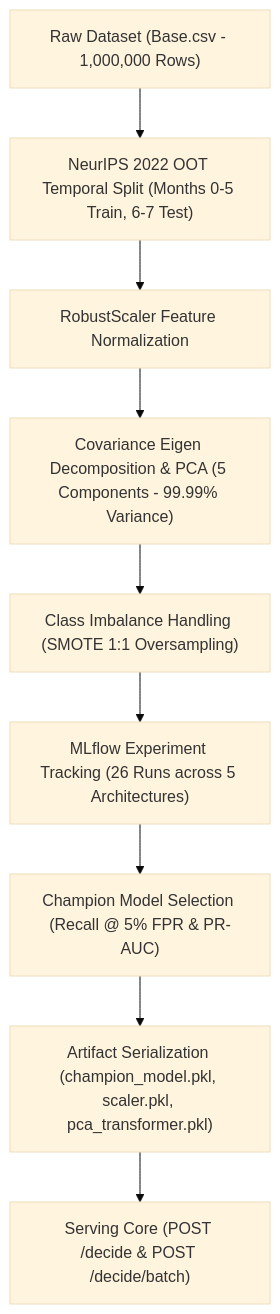
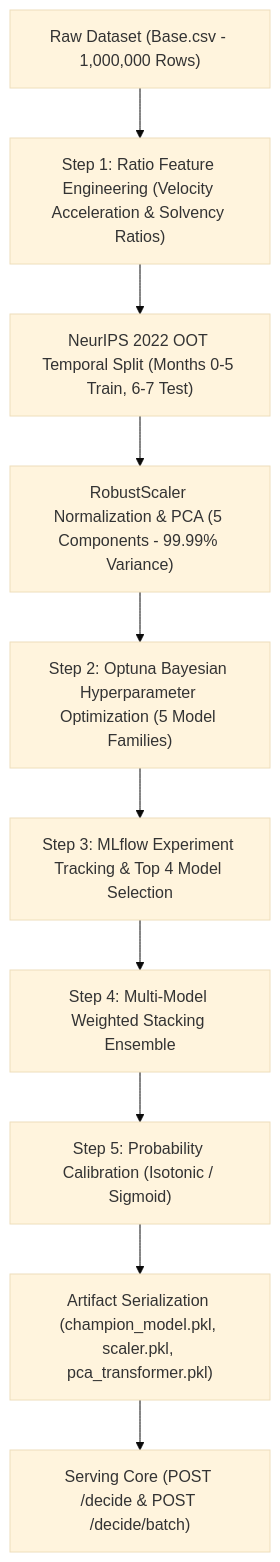
Before and after one commit to PriyankaHichkad/FinOps-Security-Agent: the first of 3 diagrams in docs/DeveloperGuide.md, drawn with Mermaid (base theme). The commit also changed 11 other files, not shown here.

````diff
--- a/docs/DeveloperGuide.md
+++ b/docs/DeveloperGuide.md
@@ -28,15 +28,15 @@
 ```mermaid
 graph TD
-    A["Raw Dataset (Base.csv - 1,000,000 Rows)"] --> B["NeurIPS 2022 OOT Temporal Split (Months 0-5 Train, 6-7 Test)"]
+    A["Raw Dataset (Base.csv - 1,000,000 Rows)"] --> B["Step 1: Ratio Feature Engineering (Velocity Acceleration & Solvency Ratios)"]
+    B --> C["NeurIPS 2022 OOT Temporal Split (Months 0-5 Train, 6-7 Test)"]
     
-    B --> C["RobustScaler Feature Normalization"]
-    C --> D["Covariance Eigen Decomposition & PCA (5 Components - 99.99% Variance)"]
+    C --> D["RobustScaler Normalization & PCA (5 Components - 99.99% Variance)"]
+    D --> E["Step 2: Optuna Bayesian Hyperparameter Optimization (5 Model Families)"]
     
-    D --> E["Class Imbalance Handling (SMOTE 1:1 Oversampling)"]
+    E --> F["Step 3: MLflow Experiment Tracking & Top 4 Model Selection"]
+    F --> G["Step 4: Multi-Model Weighted Stacking Ensemble"]
+    G --> H["Step 5: Probability Calibration (Isotonic / Sigmoid)"]
     
-    E --> F["MLflow Experiment Tracking (26 Runs across 5 Architectures)"]
-    F --> G["Champion Model Selection (Recall @ 5% FPR & PR-AUC)"]
-    
-    G --> H["Artifact Serialization (champion_model.pkl, scaler.pkl, pca_transformer.pkl)"]
-    H --> I["Serving Core (POST /decide & POST /decide/batch)"]
+    H --> I["Artifact Serialization (champion_model.pkl, scaler.pkl, pca_transformer.pkl)"]
+    I --> J["Serving Core (POST /decide & POST /decide/batch)"]
 ```
````
